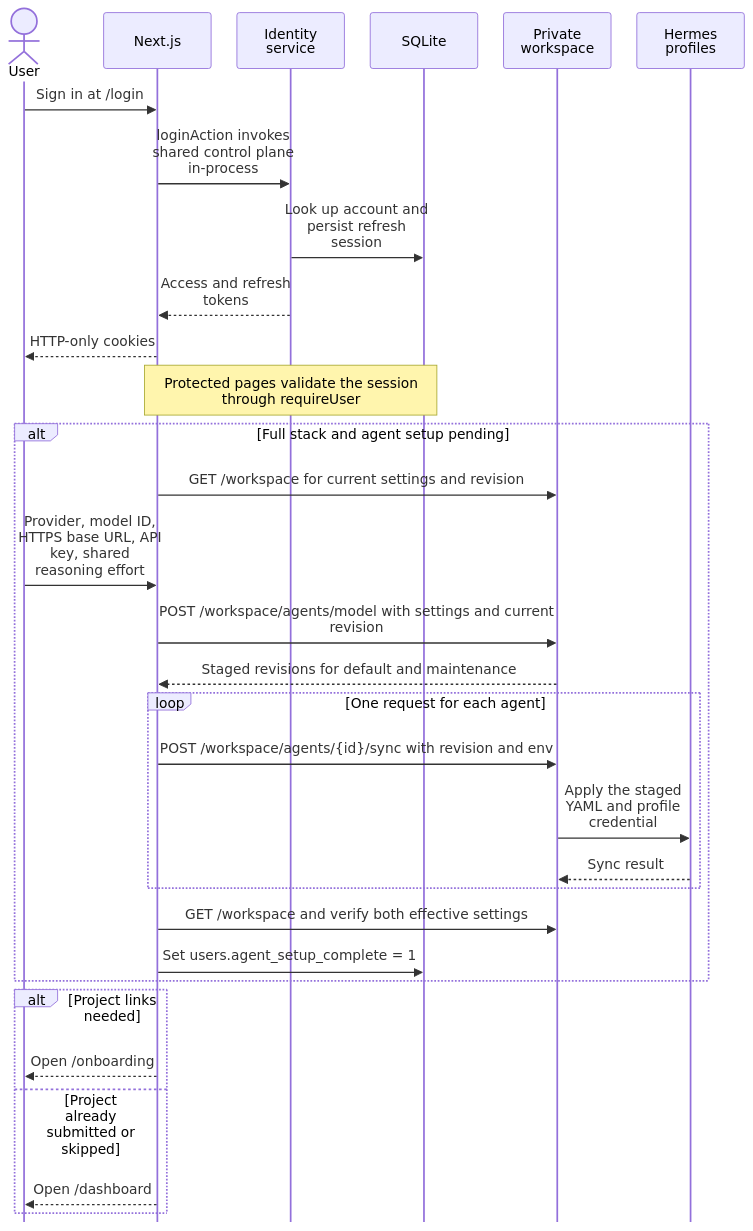
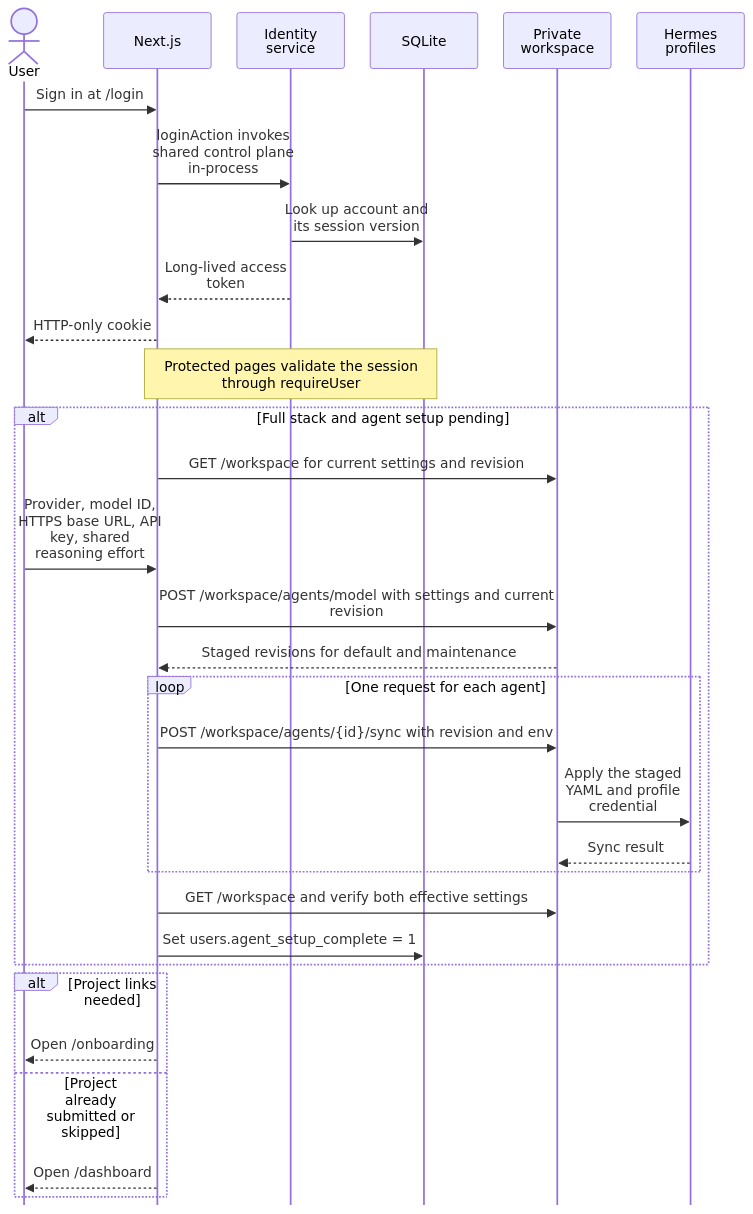
One commit to openmarketing-agency/openmarketing.agency changed the second of 7 diagrams in docs/architecture.md. Above: the diagram before and after it, drawn with Mermaid. The commit also changed 21 other files, not shown here.

First line of the commit message:
feat(console): replace refresh tokens with a long-lived access token

````diff
--- a/docs/architecture.md
+++ b/docs/architecture.md
@@ -52,43 +52,43 @@
 ```mermaid
 ---
 config:
   sequence:
     actorMargin: 30
     width: 125
     diagramMarginX: 12
     wrap: true
     mirrorActors: false
 ---
 sequenceDiagram
     actor User
     participant Next as Next.js
     participant Identity as Identity service
     participant DB as SQLite
     participant WS as Private workspace
     participant H as Hermes profiles
 
     User->>Next: Sign in at /login
     Next->>Identity: loginAction invokes shared control plane in-process
-    Identity->>DB: Look up account and persist refresh session
-    Identity-->>Next: Access and refresh tokens
-    Next-->>User: HTTP-only cookies
+    Identity->>DB: Look up account and its session version
+    Identity-->>Next: Long-lived access token
+    Next-->>User: HTTP-only cookie
     Note over Next,DB: Protected pages validate the session through requireUser
     alt Full stack and agent setup pending
         Next->>WS: GET /workspace for current settings and revision
         User->>Next: Provider, model ID, HTTPS base URL, API key, shared reasoning effort
         Next->>WS: POST /workspace/agents/model with settings and current revision
         WS-->>Next: Staged revisions for default and maintenance
         loop One request for each agent
             Next->>WS: POST /workspace/agents/{id}/sync with revision and env
             WS->>H: Apply the staged YAML and profile credential
             H-->>WS: Sync result
         end
         Next->>WS: GET /workspace and verify both effective settings
         Next->>DB: Set users.agent_setup_complete = 1
     end
     alt Project links needed
         Next-->>User: Open /onboarding
     else Project already submitted or skipped
         Next-->>User: Open /dashboard
     end
 ```
````
